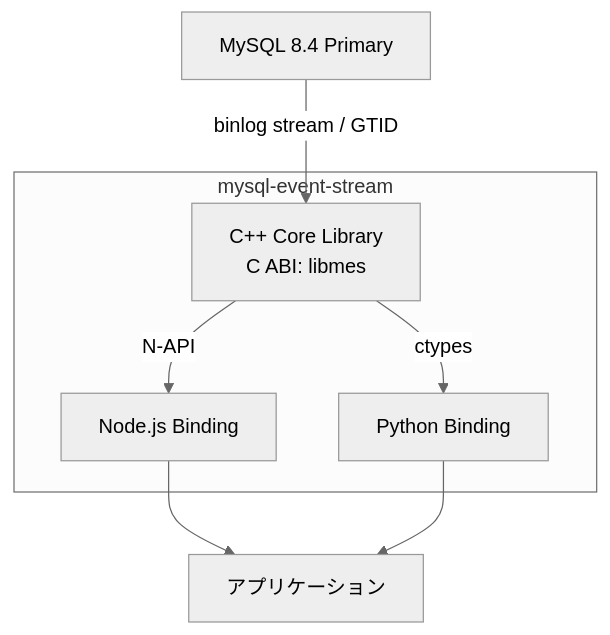
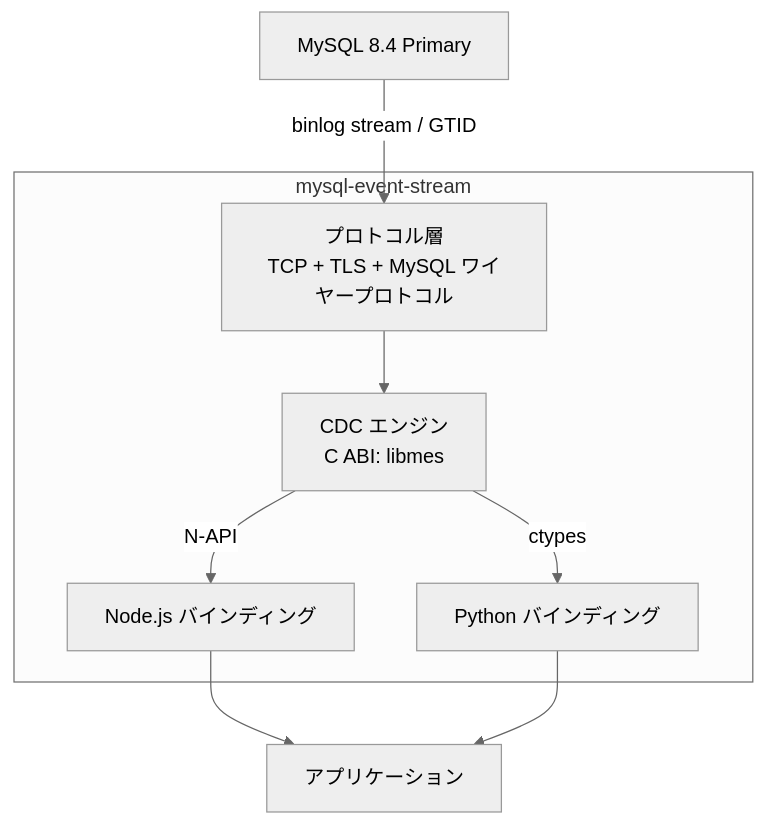
One commit to libraz/mysql-event-stream changed the diagram in README.ja.md. Above: the diagram before and after it, drawn with Mermaid (neutral theme). The commit also changed other lines of this file and 20 other files, not shown here.

````diff
--- a/README.ja.md
+++ b/README.ja.md
@@ -18,13 +18,13 @@
 ```mermaid
 graph TD
-    MySQL[MySQL 8.4 Primary] -->|binlog stream / GTID| Core
+    MySQL[MySQL 8.4 Primary] -->|binlog stream / GTID| Proto
 
     subgraph mysql-event-stream
-        Core[C++ Core Library\nC ABI: libmes]
-        Core -->|N-API| Node[Node.js Binding]
-        Core -->|ctypes| Python[Python Binding]
+        Proto[プロトコル層\nTCP + TLS + MySQL ワイヤープロトコル] --> Core[CDC エンジン\nC ABI: libmes]
+        Core -->|N-API| Node[Node.js バインディング]
+        Core -->|ctypes| Python[Python バインディング]
     end
 
     Node --> App[アプリケーション]
     Python --> App
 ```
````
